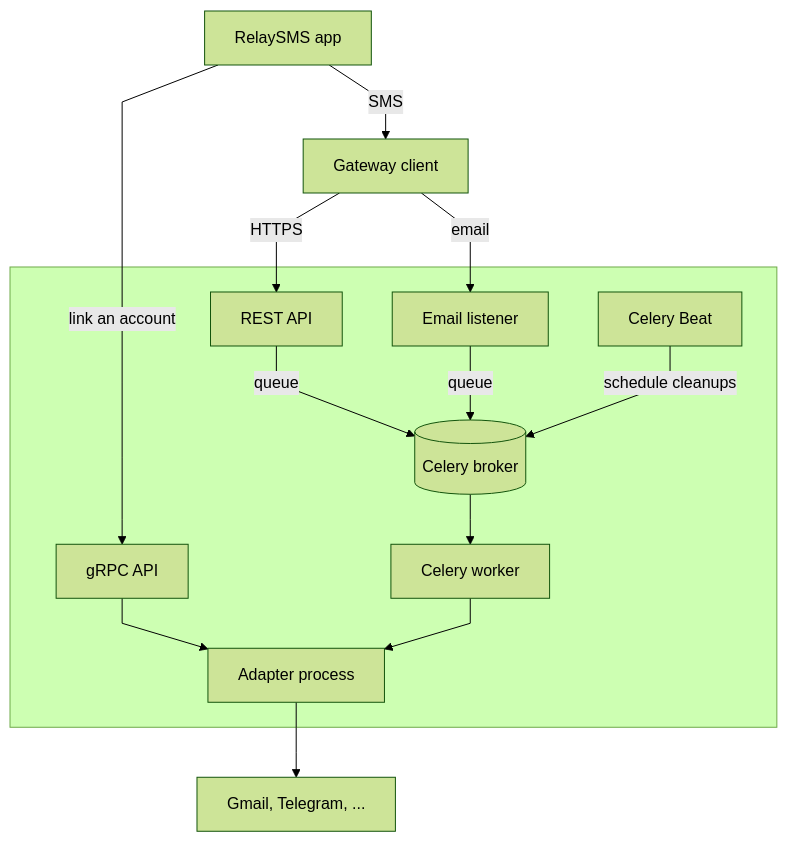
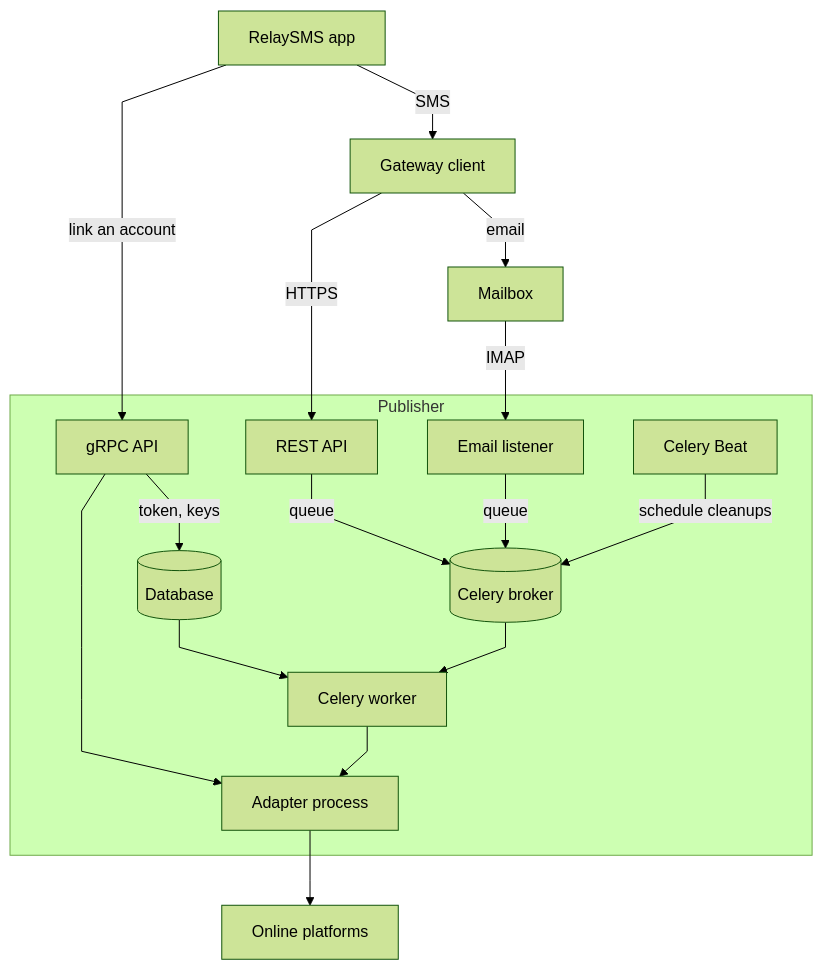
The diagram in docs/explanation/architecture.md (smswithoutborders/RelaySMS-Publisher), drawn with Mermaid (forest theme) before and after one commit. The commit also changed other lines of this file and 38 other files, not shown here.

````diff
--- a/docs/explanation/architecture.md
+++ b/docs/explanation/architecture.md
@@ -5,34 +5,38 @@
 ```mermaid
 ---
 config:
   flowchart:
     curve: linear
 ---
 flowchart TB
     app["RelaySMS app"]
     gateway["Gateway client"]
+    mailbox["Mailbox"]
+    platform["Online platforms"]
 
-    subgraph publisher[" "]
+    subgraph publisher["Publisher"]
         grpc["gRPC API"]
         rest["REST API"]
         smtp["Email listener"]
+        beat["Celery Beat"]
+        db[("Database")]
         broker[("Celery broker")]
         worker["Celery worker"]
-        beat["Celery Beat"]
         adapter["Adapter process"]
     end
 
-    platform["Gmail, Telegram, ..."]
-
     app -- "link an account" --> grpc
+    grpc --> adapter
     app -- "SMS" --> gateway
     gateway -- "HTTPS" --> rest
-    gateway -- "email" --> smtp
+    gateway -- "email" --> mailbox
+    mailbox -- "IMAP" --> smtp
     rest -- "queue" --> broker
     smtp -- "queue" --> broker
     beat -- "schedule cleanups" --> broker
     broker --> worker
-    grpc --> adapter
+    grpc -- "token, keys" --> db
+    db --> worker
     worker --> adapter
     adapter --> platform
 ```
````
